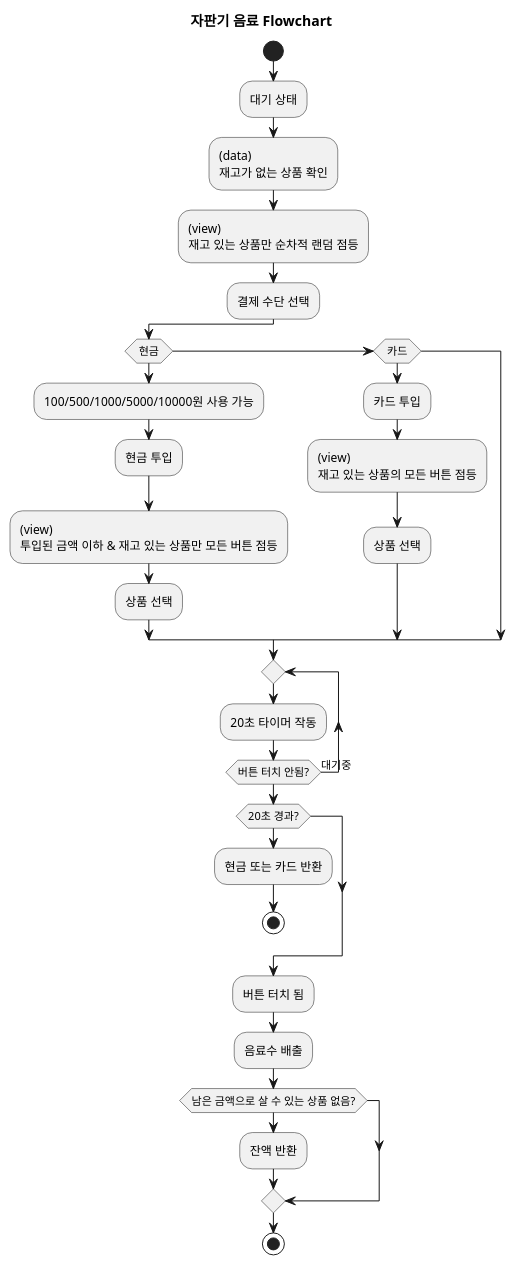
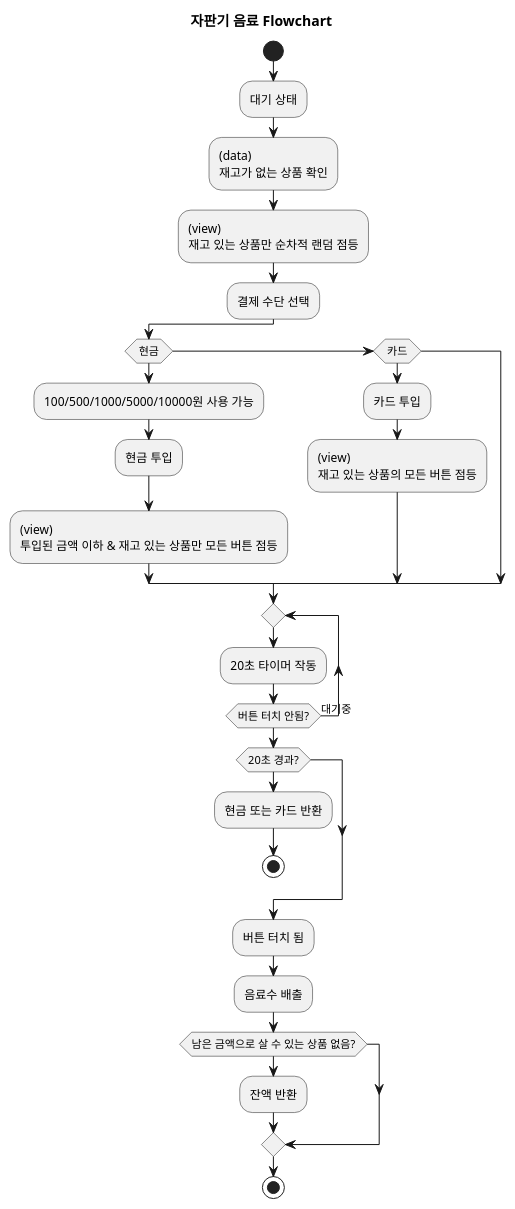
The diagram in docs/flow_chart.puml (cokeys90/vending_machine), drawn with PlantUML before and after one commit. The commit also changed 6 other files, not shown here.

```diff
--- a/docs/flow_chart.puml
+++ b/docs/flow_chart.puml
@@ -1,39 +1,37 @@
 @startuml
 title 자판기 음료 Flowchart
 
 start
 :대기 상태;
 :(data)\n재고가 없는 상품 확인;
 :(view)\n재고 있는 상품만 순차적 랜덤 점등;
 
 :결제 수단 선택;
 
 if (현금) then
   :100/500/1000/5000/10000원 사용 가능;
   :현금 투입;
   :(view)\n투입된 금액 이하 & 재고 있는 상품만 모든 버튼 점등;
-  :상품 선택;
 elseif (카드) then
   :카드 투입;
   :(view)\n재고 있는 상품의 모든 버튼 점등;
-  :상품 선택;
 endif
 
 repeat
   :20초 타이머 작동;
 repeat while (버튼 터치 안됨?) is (대기중)
 
 if (20초 경과?) then
   :현금 또는 카드 반환;
   stop
 endif
 
 :버튼 터치 됨;
 :음료수 배출;
 
 if (남은 금액으로 살 수 있는 상품 없음?) then
   :잔액 반환;
 endif
 
 stop
 @enduml
```
